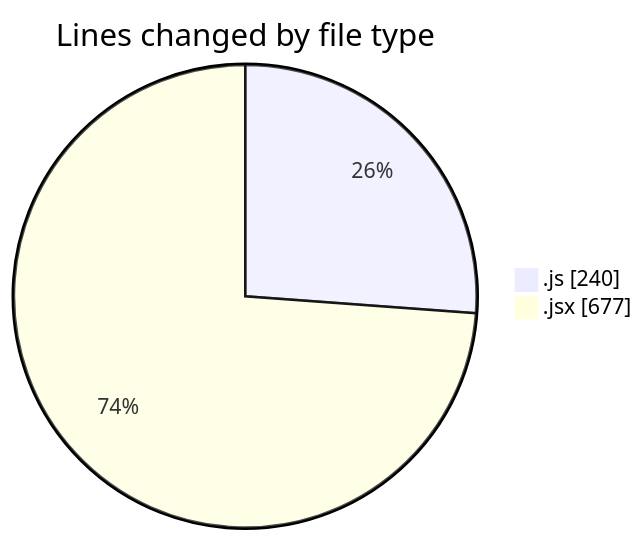
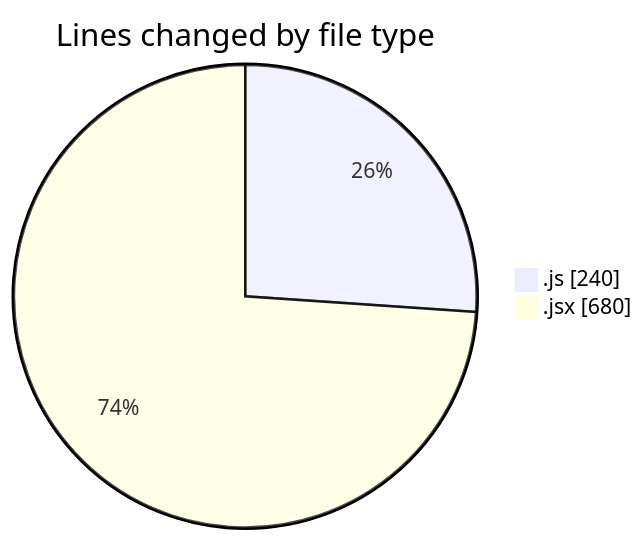
The first of 2 diagrams in 2026-01-19/nxtqube_webapp/README.md (nxtqubesakshisongat/code-tracking), drawn with Mermaid before and after one commit. The commit also changed other lines of this file and 1 other file, not shown here.

````diff
--- a/2026-01-19/nxtqube_webapp/README.md
+++ b/2026-01-19/nxtqube_webapp/README.md
@@ -25,6 +25,6 @@
 ```mermaid
 pie showData
 title Lines changed by file type
 ".js" : 240
-".jsx" : 677
+".jsx" : 680
 ```
````
